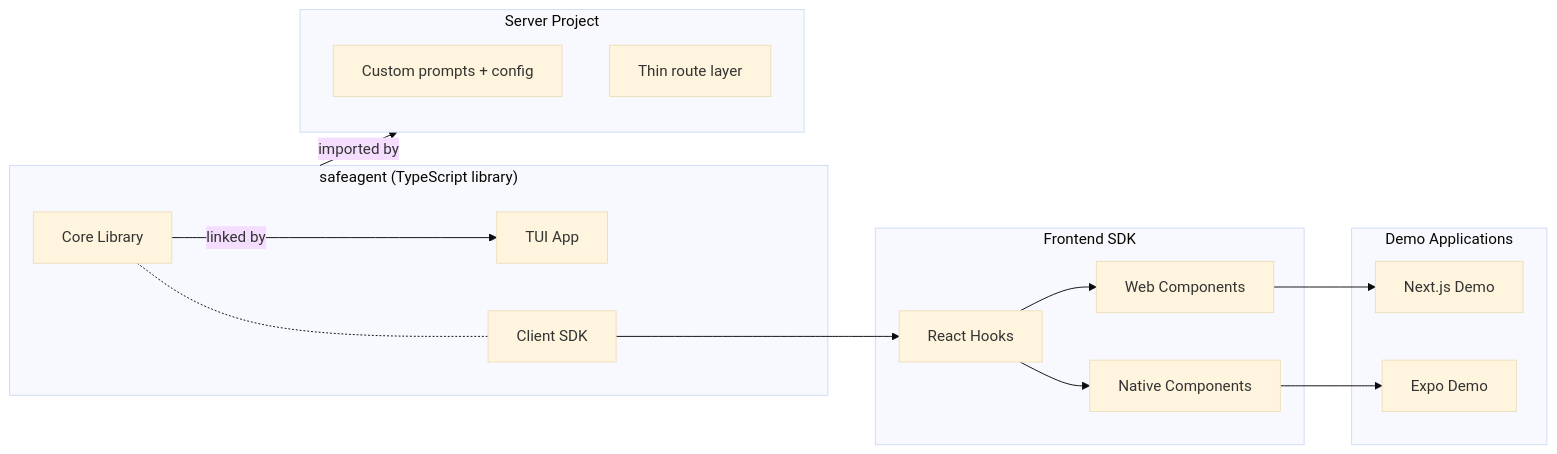
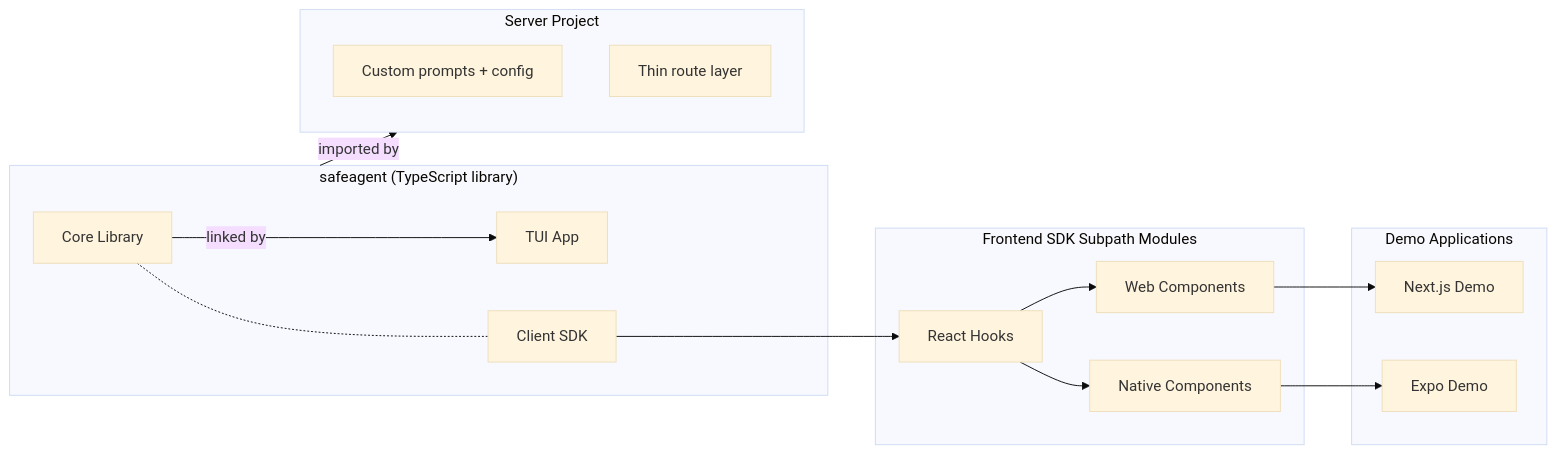
The third of 3 diagrams in plan/overview.md (1qh/safeagent), drawn with Mermaid (base theme) before and after one commit. The commit also changed other lines of this file and 10 other files, not shown here.

````diff
--- a/plan/overview.md
+++ b/plan/overview.md
@@ -195,32 +195,32 @@
 ```mermaid
 graph LR
     subgraph SAFEAGENT_PACKAGE["safeagent (TypeScript library)"]
         CORE["Core Library"]
         TUI_PKG["TUI App"]
         CLIENT["Client SDK"]
     end
 
-    subgraph FRONTEND_PACKAGES["Frontend SDK"]
+    subgraph FRONTEND_SUBPATH_MODULES["Frontend SDK Subpath Modules"]
         REACT_HOOKS_PKG["React Hooks"]
         WEB_UI_PKG["Web Components"]
         NATIVE_UI_PKG["Native Components"]
     end
 
     subgraph DEMO_PACKAGES["Demo Applications"]
         WEB_DEMO_PKG["Next.js Demo"]
         MOBILE_DEMO_PKG["Expo Demo"]
     end
 
     subgraph SERVER_PACKAGE["Server Project"]
         SRV_CFG["Custom prompts + config"]
         SRV_ROUTES["Thin route layer"]
     end
 
     SAFEAGENT_PACKAGE -->|imported by| SERVER_PACKAGE
     CORE -->|linked by| TUI_PKG
     CORE -.- CLIENT
     CLIENT --> REACT_HOOKS_PKG
     REACT_HOOKS_PKG --> WEB_UI_PKG & NATIVE_UI_PKG
     WEB_UI_PKG --> WEB_DEMO_PKG
     NATIVE_UI_PKG --> MOBILE_DEMO_PKG
 ```
````
